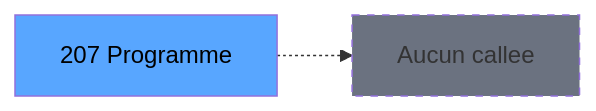
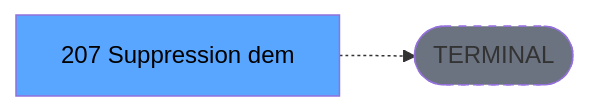
The third of 3 diagrams in .openspec/renders/ADH-IDE-207.md (thonyAGP/lecteur-magic), drawn with Mermaid before and after one commit. The commit also changed other lines of this file and 701 other files, not shown here.

````diff
--- a/.openspec/renders/ADH-IDE-207.md
+++ b/.openspec/renders/ADH-IDE-207.md
@@ -126,8 +134,8 @@
 ```mermaid
 graph LR
-    T[207 Programme]
-    NONE[Aucun callee]
-    T -.-> NONE
+    T[207 Suppression dem]
+    TERM([TERMINAL])
+    T -.-> TERM
+    style TERM fill:#6b7280,stroke-dasharray: 5 5
     style T fill:#58a6ff,color:#000
-    style NONE fill:#6b7280,stroke-dasharray: 5 5
 ```
````
